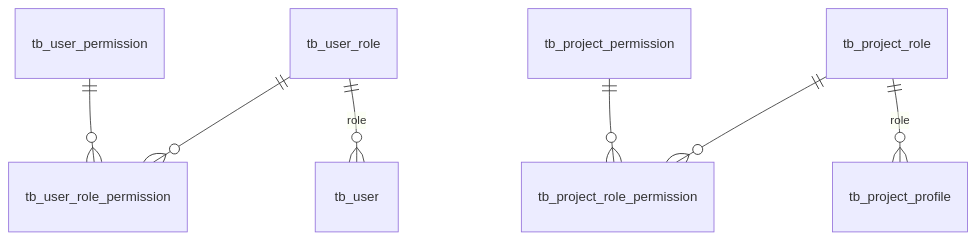
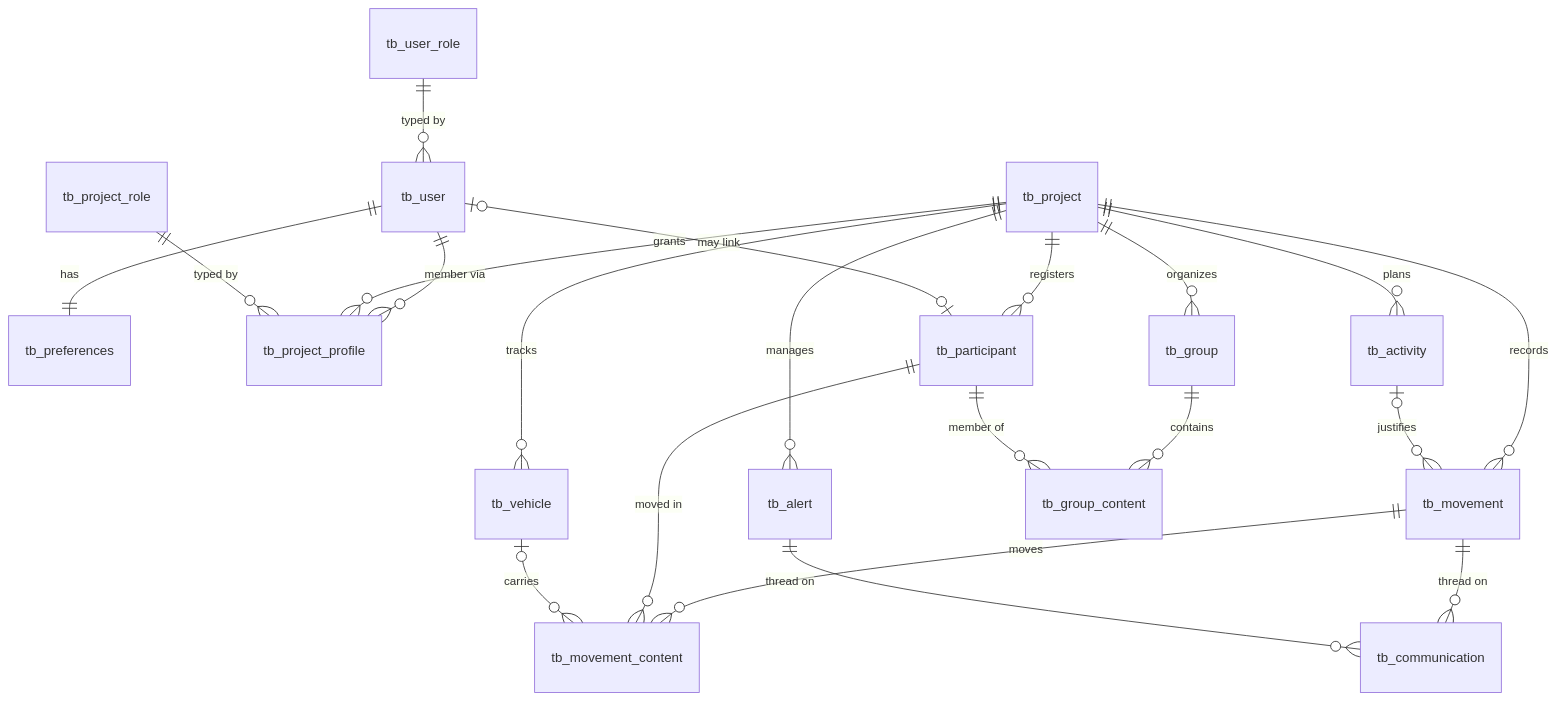
Before and after one commit to laucoin/Documentations: the diagram in documentation/registry/technical/data-model.md, drawn with Mermaid. The commit also changed other lines of this file and 14 other files, not shown here.

````diff
--- a/documentation/registry/technical/data-model.md
+++ b/documentation/registry/technical/data-model.md
@@ -33,9 +7,23 @@
 ```mermaid
 erDiagram
-    tb_user_permission ||--o{ tb_user_role_permission: ""
-    tb_user_role ||--o{ tb_user_role_permission: ""
-    tb_project_permission ||--o{ tb_project_role_permission: ""
-    tb_project_role ||--o{ tb_project_role_permission: ""
-    tb_user_role ||--o{ tb_user: "role"
-    tb_project_role ||--o{ tb_project_profile: "role"
+    tb_user ||--|| tb_preferences : has
+    tb_user ||--o{ tb_project_profile : "member via"
+    tb_project ||--o{ tb_project_profile : grants
+    tb_user_role ||--o{ tb_user : "typed by"
+    tb_project_role ||--o{ tb_project_profile : "typed by"
+    tb_project ||--o{ tb_participant : registers
+    tb_project ||--o{ tb_group : organizes
+    tb_project ||--o{ tb_movement : records
+    tb_project ||--o{ tb_vehicle : tracks
+    tb_project ||--o{ tb_activity : plans
+    tb_project ||--o{ tb_alert : manages
+    tb_user |o--o| tb_participant : "may link"
+    tb_group ||--o{ tb_group_content : contains
+    tb_participant ||--o{ tb_group_content : "member of"
+    tb_movement ||--o{ tb_movement_content : moves
+    tb_participant ||--o{ tb_movement_content : "moved in"
+    tb_vehicle |o--o{ tb_movement_content : "carries"
+    tb_activity |o--o{ tb_movement : justifies
+    tb_movement ||--o{ tb_communication : "thread on"
+    tb_alert ||--o{ tb_communication : "thread on"
 ```
````
